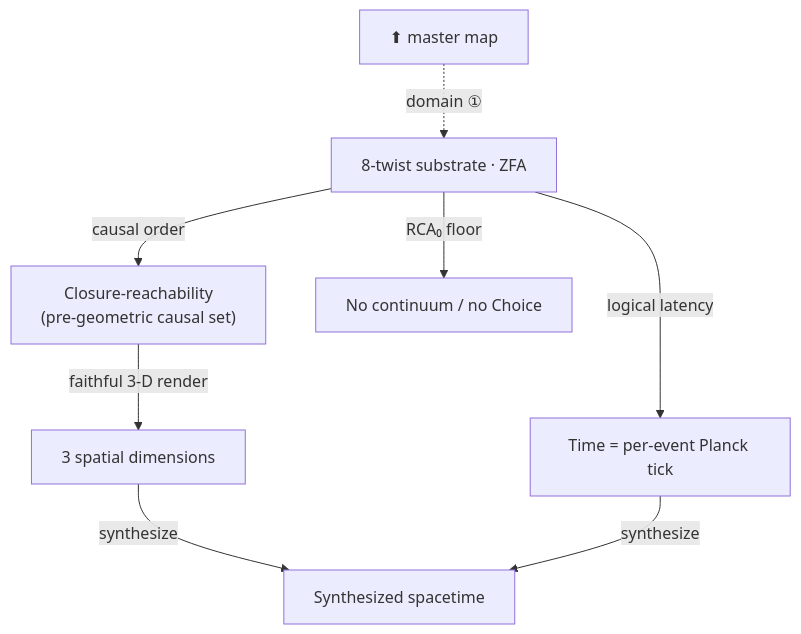
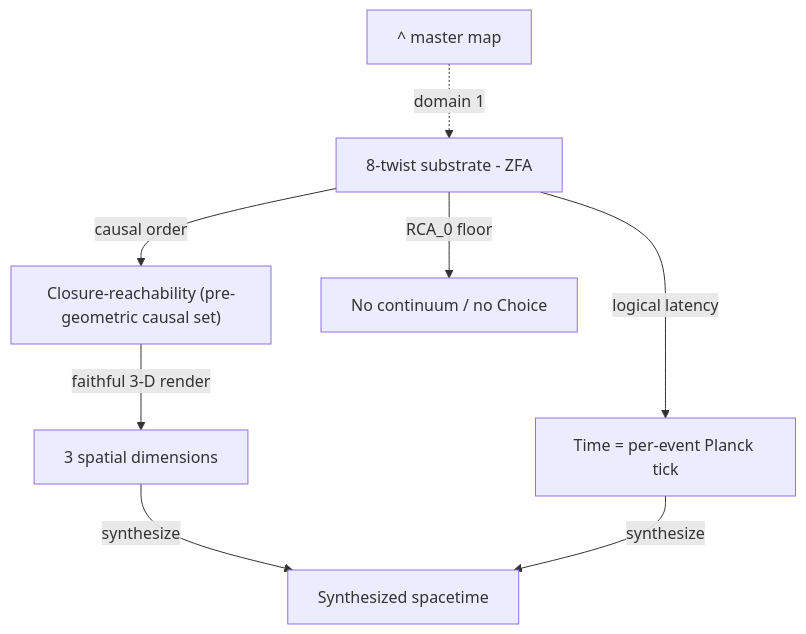
Before and after one commit to jimscarver/quantum-logical-framework: the second of 11 diagrams in FlowChart.md, drawn with Mermaid. The commit also changed other lines of this file, not shown here.

First line of the commit message:
FlowChart.md: flatten <br/> and all unicode to ASCII in Mermaid blocks (render robustness)

````diff
--- a/FlowChart.md
+++ b/FlowChart.md
@@ -38,10 +38,10 @@
 ```mermaid
 flowchart TD
-  H1["⬆ master map"] -.->|"domain ①"| S["8-twist substrate · ZFA"]
-  S -->|"causal order"| R["Closure-reachability<br/>(pre-geometric causal set)"]
+  H1["^ master map"] -.->|"domain 1"| S["8-twist substrate - ZFA"]
+  S -->|"causal order"| R["Closure-reachability (pre-geometric causal set)"]
   R -->|"faithful 3-D render"| D["3 spatial dimensions"]
   S -->|"logical latency"| T["Time = per-event Planck tick"]
   D -->|"synthesize"| SP["Synthesized spacetime"]
   T -->|"synthesize"| SP
-  S -->|"RCA₀ floor"| CN["No continuum / no Choice"]
+  S -->|"RCA_0 floor"| CN["No continuum / no Choice"]
 ```
````
